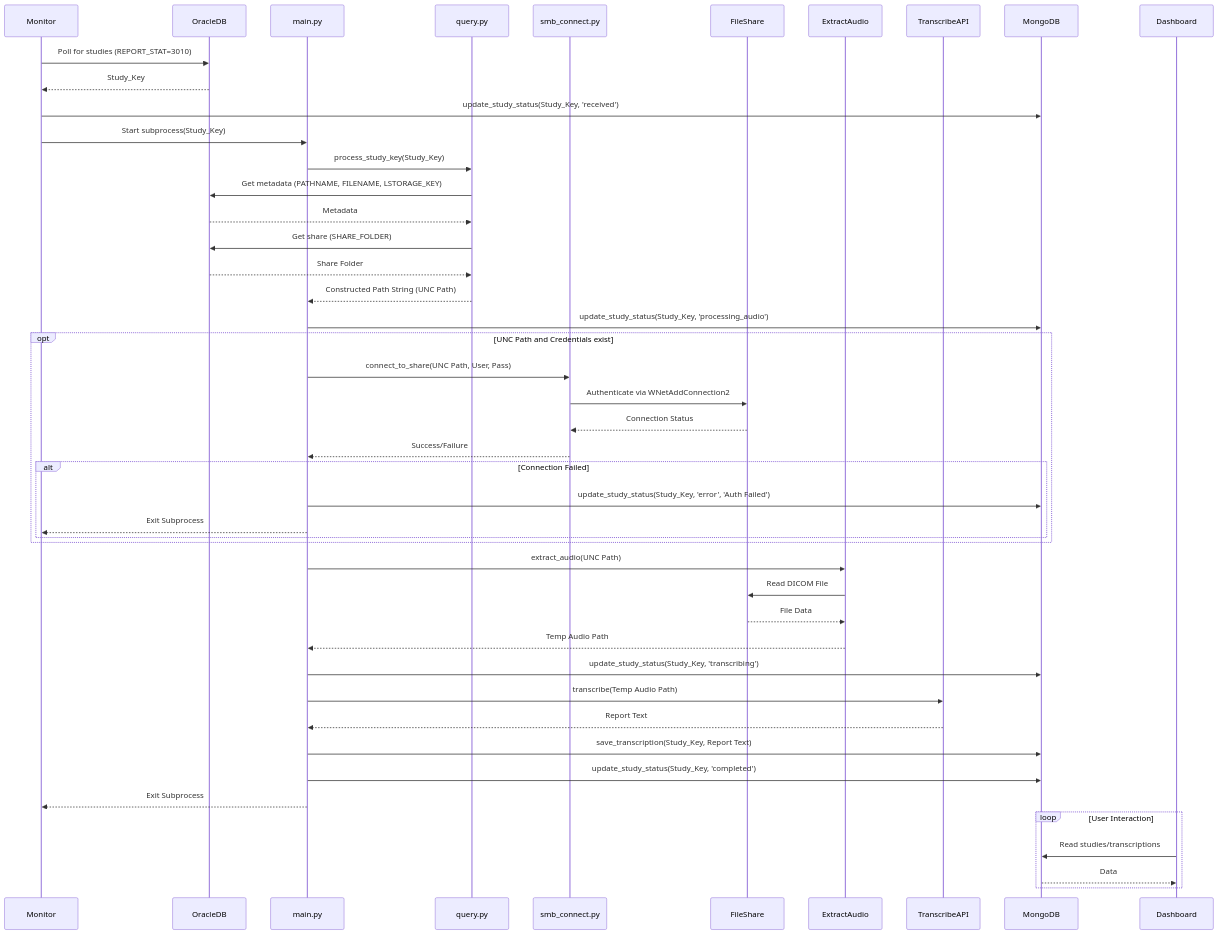
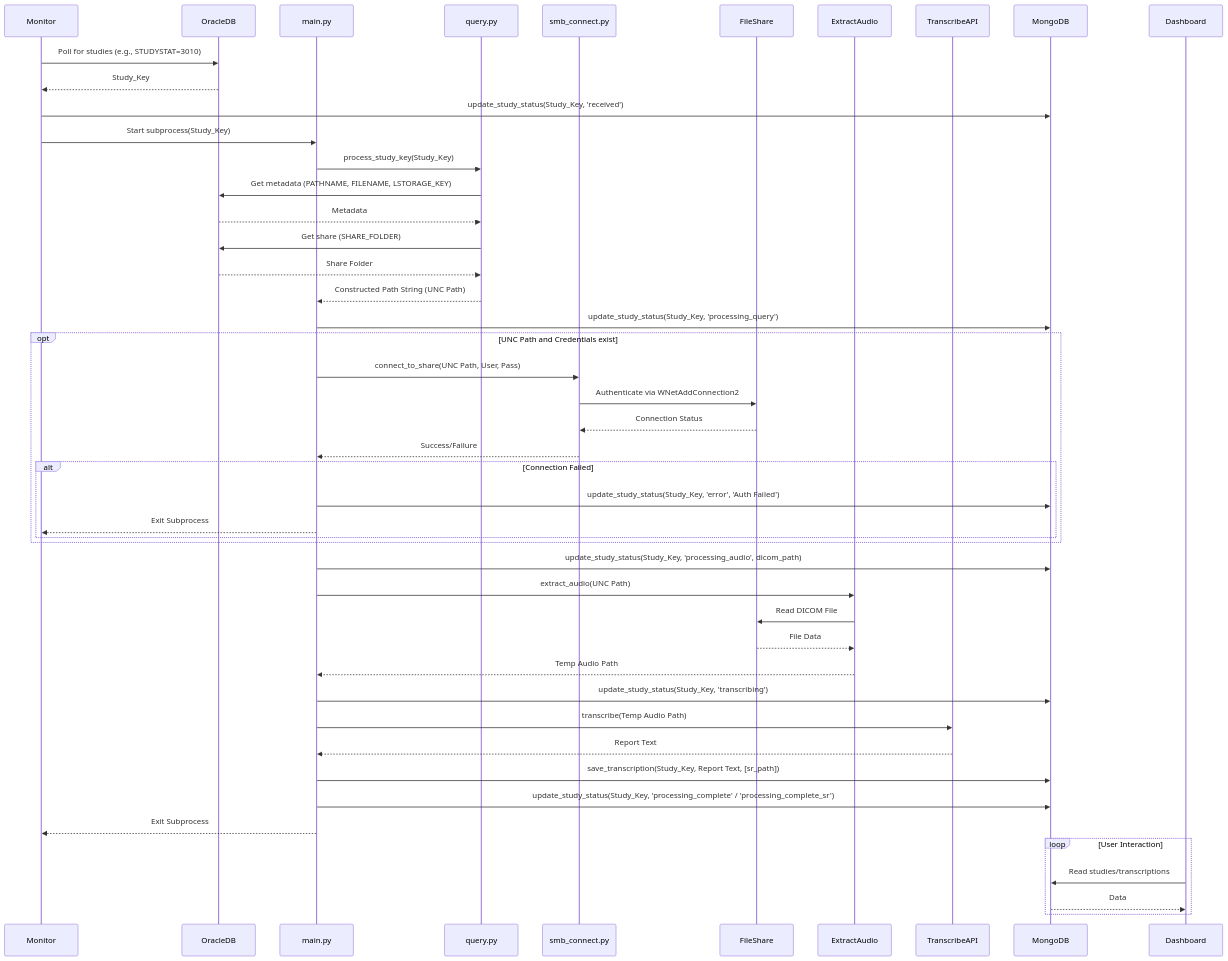
One commit to alirzamahmoodi/SRwithenhancedSOP changed the second of 2 diagrams in docs/high_level/architecture.md. Above: the diagram before and after it, drawn with Mermaid. The commit also changed other lines of this file and 10 other files, not shown here.

````diff
--- a/docs/high_level/architecture.md
+++ b/docs/high_level/architecture.md
@@ -134,56 +136,57 @@
 ```mermaid
 sequenceDiagram
     participant Monitor
     participant OracleDB
     participant Pipeline as main.py
     participant Query as query.py
     participant SMB as smb_connect.py
     participant FileShare
     participant ExtractAudio
     participant TranscribeAPI
     participant MongoDB
     participant Dashboard
 
-    Monitor->>OracleDB: Poll for studies (REPORT_STAT=3010)
+    Monitor->>OracleDB: Poll for studies (e.g., STUDYSTAT=3010)
     OracleDB-->>Monitor: Study_Key
     Monitor->>MongoDB: update_study_status(Study_Key, 'received')
     Monitor->>Pipeline: Start subprocess(Study_Key)
 
     Pipeline->>Query: process_study_key(Study_Key)
     Query->>OracleDB: Get metadata (PATHNAME, FILENAME, LSTORAGE_KEY)
     OracleDB-->>Query: Metadata
     Query->>OracleDB: Get share (SHARE_FOLDER)
     OracleDB-->>Query: Share Folder
     Query-->>Pipeline: Constructed Path String (UNC Path)
-    Pipeline->>MongoDB: update_study_status(Study_Key, 'processing_audio')
+    Pipeline->>MongoDB: update_study_status(Study_Key, 'processing_query')
 
     opt UNC Path and Credentials exist
         Pipeline->>SMB: connect_to_share(UNC Path, User, Pass)
         SMB->>FileShare: Authenticate via WNetAddConnection2
         FileShare-->>SMB: Connection Status
         SMB-->>Pipeline: Success/Failure
         alt Connection Failed
             Pipeline->>MongoDB: update_study_status(Study_Key, 'error', 'Auth Failed')
             Pipeline-->>Monitor: Exit Subprocess
         end
     end
 
+    Pipeline->>MongoDB: update_study_status(Study_Key, 'processing_audio', dicom_path)
     Pipeline->>ExtractAudio: extract_audio(UNC Path)
     ExtractAudio->>FileShare: Read DICOM File
     FileShare-->>ExtractAudio: File Data
     ExtractAudio-->>Pipeline: Temp Audio Path
     Pipeline->>MongoDB: update_study_status(Study_Key, 'transcribing')
 
     Pipeline->>TranscribeAPI: transcribe(Temp Audio Path)
     TranscribeAPI-->>Pipeline: Report Text
 
-    Pipeline->>MongoDB: save_transcription(Study_Key, Report Text)
-    Pipeline->>MongoDB: update_study_status(Study_Key, 'completed')
+    Pipeline->>MongoDB: save_transcription(Study_Key, Report Text, [sr_path])
+    Pipeline->>MongoDB: update_study_status(Study_Key, 'processing_complete' / 'processing_complete_sr')
     Pipeline-->>Monitor: Exit Subprocess
 
     loop User Interaction
         Dashboard->>MongoDB: Read studies/transcriptions
         MongoDB-->>Dashboard: Data
     end
 
 ```
````
